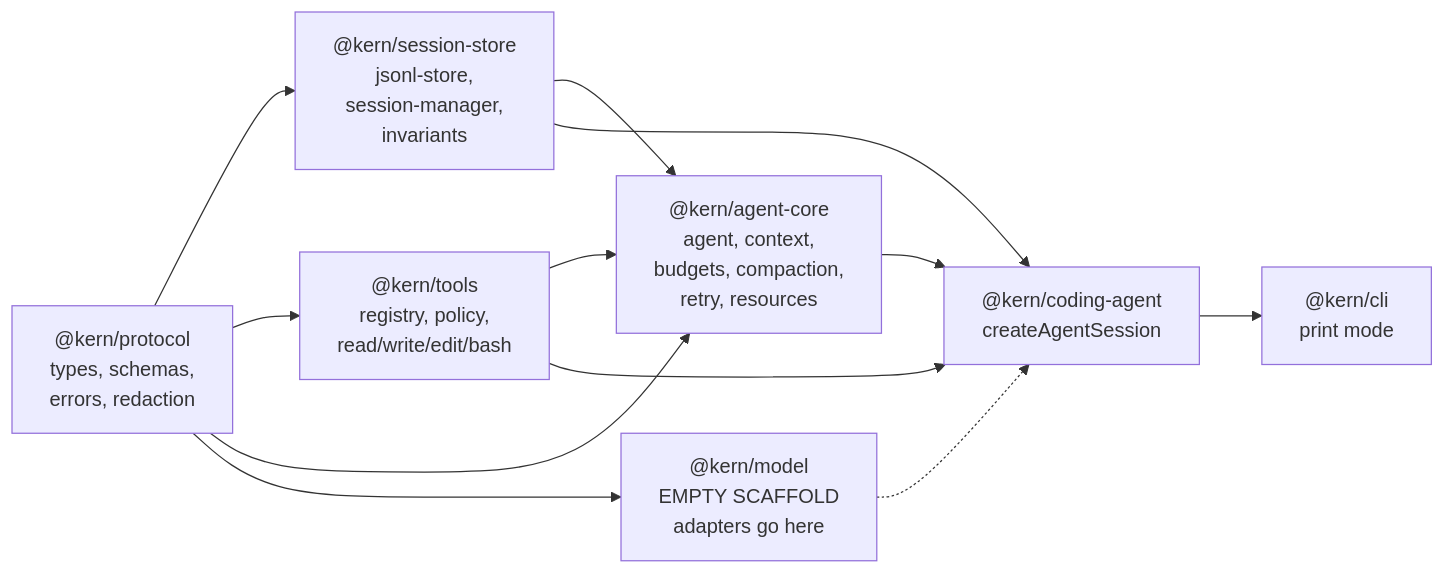
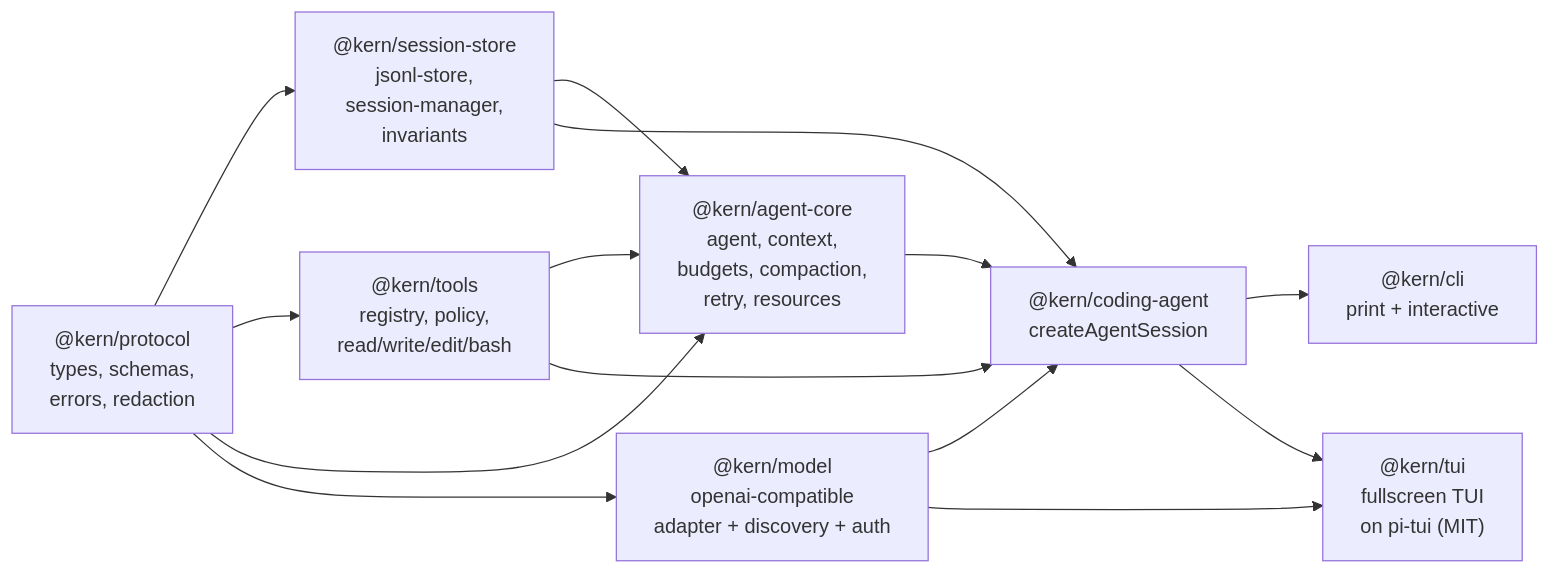
The second of 2 diagrams in .agents/docs/00-overview.md (ajeetkbhardwaj/kern-abhikarta), drawn with Mermaid before and after one commit. The commit also changed other lines of this file and 17 other files, not shown here.

Commit message:
Docs: update .agents/docs for pi-tui TUI, model layer, current status

````diff
--- a/.agents/docs/00-overview.md
+++ b/.agents/docs/00-overview.md
@@ -71,22 +72,25 @@
 ```mermaid
 flowchart LR
     protocol["@kern/protocol<br/>types, schemas,<br/>errors, redaction"]
     store["@kern/session-store<br/>jsonl-store,<br/>session-manager,<br/>invariants"]
     tools["@kern/tools<br/>registry, policy,<br/>read/write/edit/bash"]
     core["@kern/agent-core<br/>agent, context,<br/>budgets, compaction,<br/>retry, resources"]
-    model["@kern/model<br/>EMPTY SCAFFOLD<br/>adapters go here"]
+    model["@kern/model<br/>openai-compatible<br/>adapter + discovery + auth"]
+    tui["@kern/tui<br/>fullscreen TUI<br/>on pi-tui (MIT)"]
     facade["@kern/coding-agent<br/>createAgentSession"]
-    cli["@kern/cli<br/>print mode"]
+    cli["@kern/cli<br/>print + interactive"]
 
     protocol --> store
     protocol --> tools
     protocol --> core
     protocol --> model
     store --> core
     tools --> core
     core --> facade
-    model -.-> facade
+    model --> facade
     store --> facade
     tools --> facade
     facade --> cli
+    facade --> tui
+    model --> tui
 ```
````
